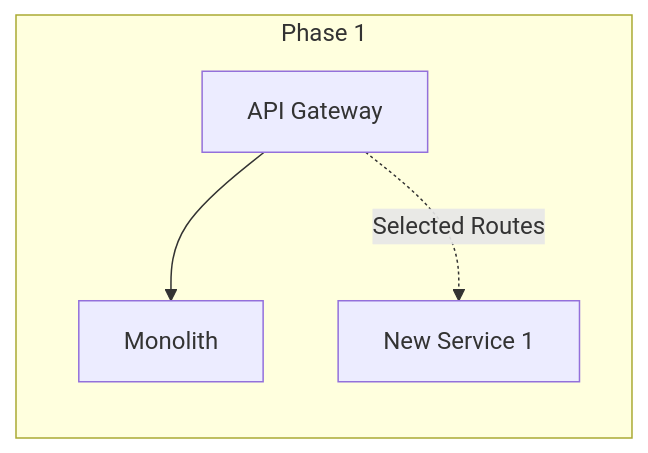
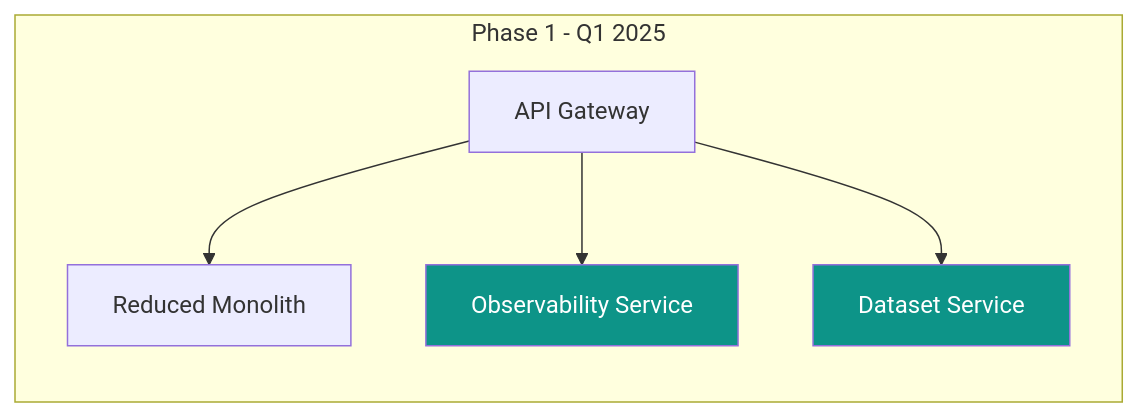
One commit to mlflow/mlflow changed the tenth of 17 diagrams in GENESIS_PLATFORM_MICROSERVICES_ARCHITECTURE.md. Above: the diagram before and after it, drawn with Mermaid. The commit also changed other lines of this file and 1 other file, not shown here.

First line of the commit message:
Simplify microservices architecture and improve diagram visibility

````diff
--- a/GENESIS_PLATFORM_MICROSERVICES_ARCHITECTURE.md
+++ b/GENESIS_PLATFORM_MICROSERVICES_ARCHITECTURE.md
@@ -482,11 +472,16 @@
 ```mermaid
 graph LR
-    subgraph "Phase 1"
-        MON[Monolith]
+    subgraph "Phase 1 - Q1 2025"
+        MON[Reduced Monolith]
         GW[API Gateway]
-        NS1[New Service 1]
+        OBS[Observability Service]
+        DS[Dataset Service]
         
         GW --> MON
-        GW -.->|Selected Routes| NS1
+        GW --> OBS
+        GW --> DS
     end
+    
+    style OBS fill:#0d9488,color:#fff
+    style DS fill:#0d9488,color:#fff
 ```
````
